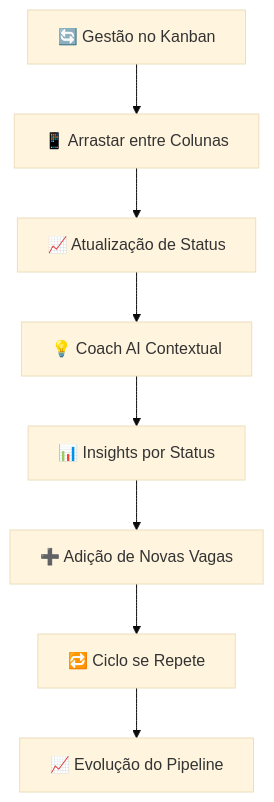
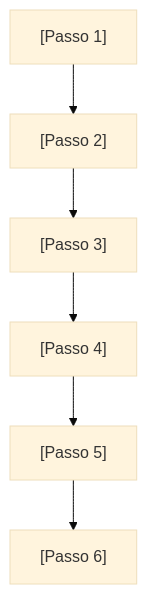
One commit to brunosrosa/codex-prime-framework changed the second of 3 diagrams in .codex-prime/01_TEMPLATES/01_Produto_Product/pt-br/02_REQUISITOS_E_HISTORIAS/04_HISTORIAS_USUARIO_CRITERIOS_ACEITE/03_HU_MVP_JORNADA_USUARIO.md. Above: the diagram before and after it, drawn with Mermaid (base theme). The commit also changed other lines of this file and 70 other files, not shown here.

````diff
--- a/.codex-prime/01_TEMPLATES/01_Produto_Product/pt-br/02_REQUISITOS_E_HISTORIAS/04_HISTORIAS_USUARIO_CRITERIOS_ACEITE/03_HU_MVP_JORNADA_USUARIO.md
+++ b/.codex-prime/01_TEMPLATES/01_Produto_Product/pt-br/02_REQUISITOS_E_HISTORIAS/04_HISTORIAS_USUARIO_CRITERIOS_ACEITE/03_HU_MVP_JORNADA_USUARIO.md
@@ -99,10 +64,8 @@
 ```mermaid
 flowchart TD
-    A["🔄 Gestão no Kanban"] --> B["📱 Arrastar entre Colunas"]
-    B --> C["📈 Atualização de Status"]
-    C --> D["💡 Coach AI Contextual"]
-    D --> E["📊 Insights por Status"]
-    E --> F["➕ Adição de Novas Vagas"]
-    F --> G["🔁 Ciclo se Repete"]
-    G --> H["📈 Evolução do Pipeline"]
+    A["[Passo 1]"] --> B["[Passo 2]"]
+    B --> C["[Passo 3]"]
+    C --> D["[Passo 4]"]
+    D --> E["[Passo 5]"]
+    E --> F["[Passo 6]"]
 ```
````
